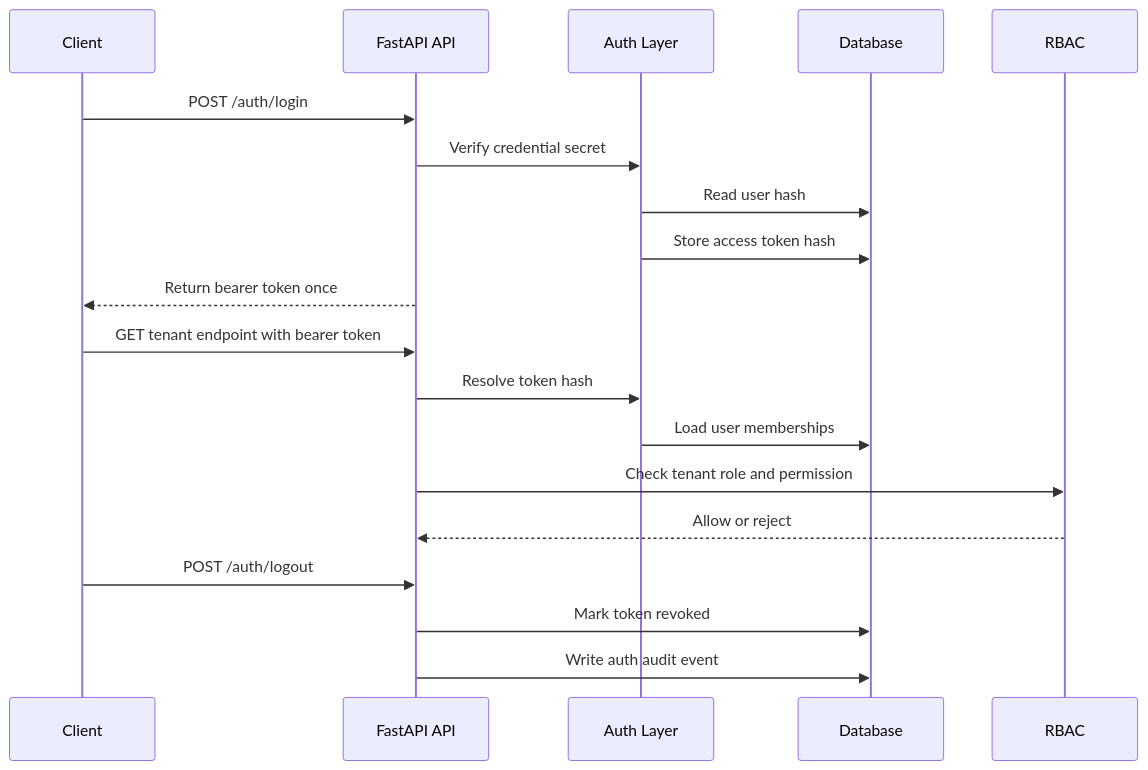
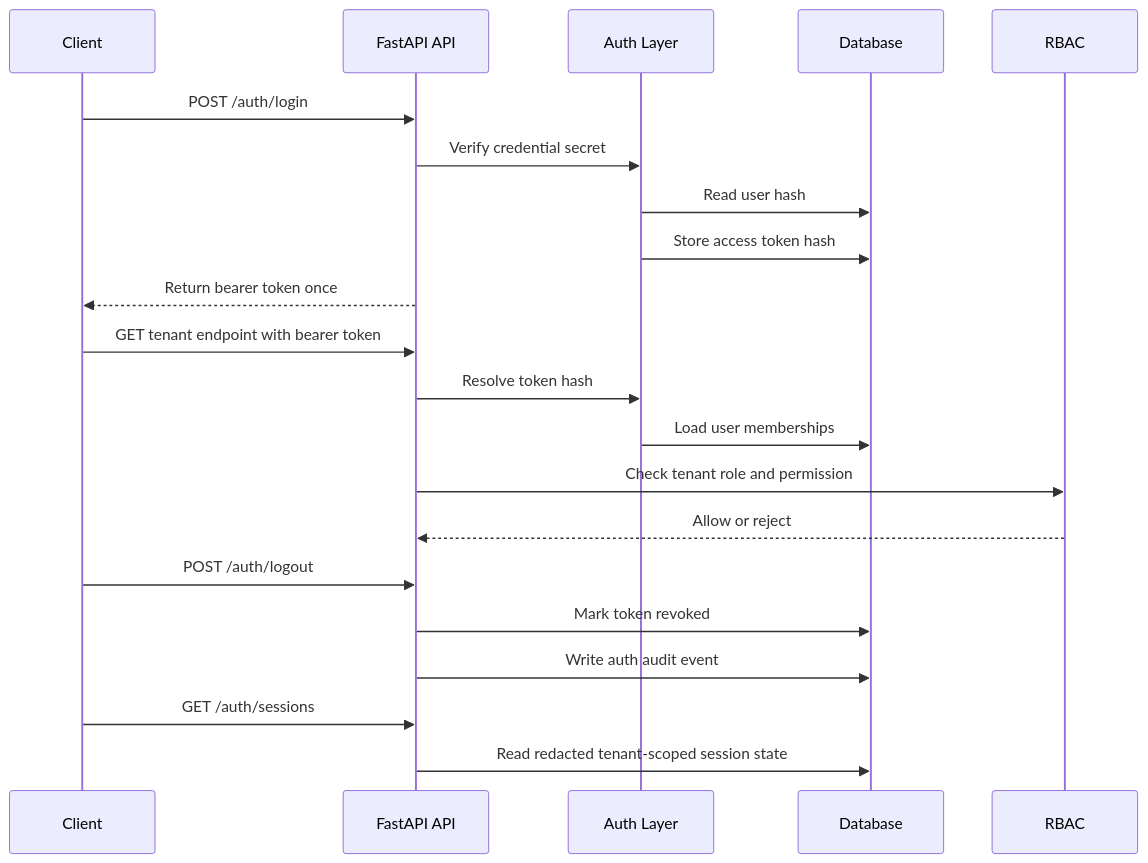
One commit to AlexGerlitz/drivedesk-core changed the diagram in docs/public/AUTH_FOUNDATION.md. Above: the diagram before and after it, drawn with Mermaid. The commit also changed other lines of this file and 18 other files, not shown here.

Commit message:
Add auth session listing

````diff
--- a/docs/public/AUTH_FOUNDATION.md
+++ b/docs/public/AUTH_FOUNDATION.md
@@ -51,22 +63,24 @@
 ```mermaid
 sequenceDiagram
   participant Client as Client
   participant API as FastAPI API
   participant Auth as Auth Layer
   participant DB as Database
   participant RBAC as RBAC
 
   Client->>API: POST /auth/login
   API->>Auth: Verify credential secret
   Auth->>DB: Read user hash
   Auth->>DB: Store access token hash
   API-->>Client: Return bearer token once
   Client->>API: GET tenant endpoint with bearer token
   API->>Auth: Resolve token hash
   Auth->>DB: Load user memberships
   API->>RBAC: Check tenant role and permission
   RBAC-->>API: Allow or reject
   Client->>API: POST /auth/logout
   API->>DB: Mark token revoked
   API->>DB: Write auth audit event
+  Client->>API: GET /auth/sessions
+  API->>DB: Read redacted tenant-scoped session state
 ```
````
